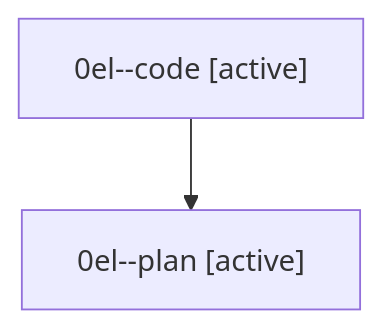
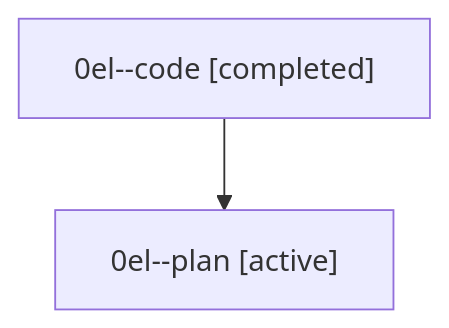
The diagram in sessions/bbugyi200.athena.0el.md (bobs-org/bob-cli--agents), drawn with Mermaid before and after one commit. The commit also changed other lines of this file and 18 other files, not shown here.

````diff
--- a/sessions/bbugyi200.athena.0el.md
+++ b/sessions/bbugyi200.athena.0el.md
@@ -9,6 +9,6 @@
 ```mermaid
 flowchart TD
-  n0["0el--code [active]"]
+  n0["0el--code [completed]"]
   n1["0el--plan [active]"]
   n0 --> n1
 ```
````
